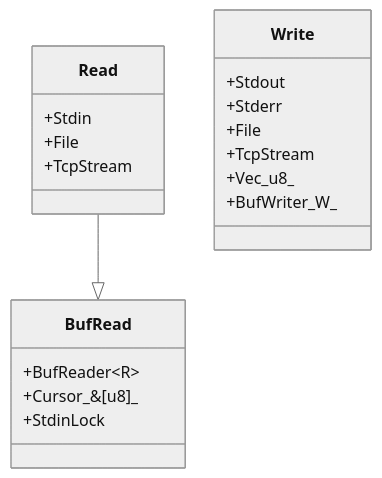
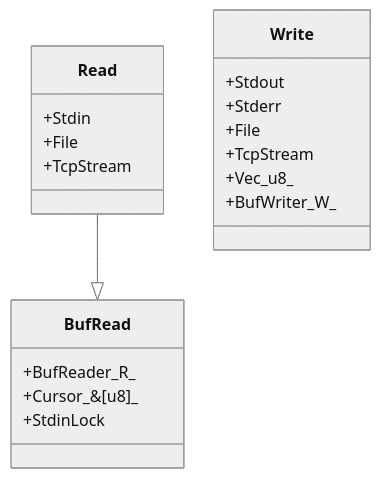
Before and after one commit to YoungHaKim7/Rust_Tutorial_Full_course: the diagram in 36_Rust_I_O_Read_BufRead_Write/README.md, drawn with Mermaid (neutral theme).

````diff
--- a/36_Rust_I_O_Read_BufRead_Write/README.md
+++ b/36_Rust_I_O_Read_BufRead_Write/README.md
@@ -3,23 +3,23 @@
 ```mermaid
 classDiagram
     Read --|> BufRead
     Write 
     class Write{
       +Stdout
       +Stderr
       +File
       +TcpStream
       +Vec_u8_
       +BufWriter_W_
     }
     class Read{
       +Stdin
       +File
       +TcpStream
     }
     class BufRead{
-      +BufReader&lt;R&gt;
+      +BufReader_R_
       +Cursor_&[u8]_
       +StdinLock
     }
 ```
````
